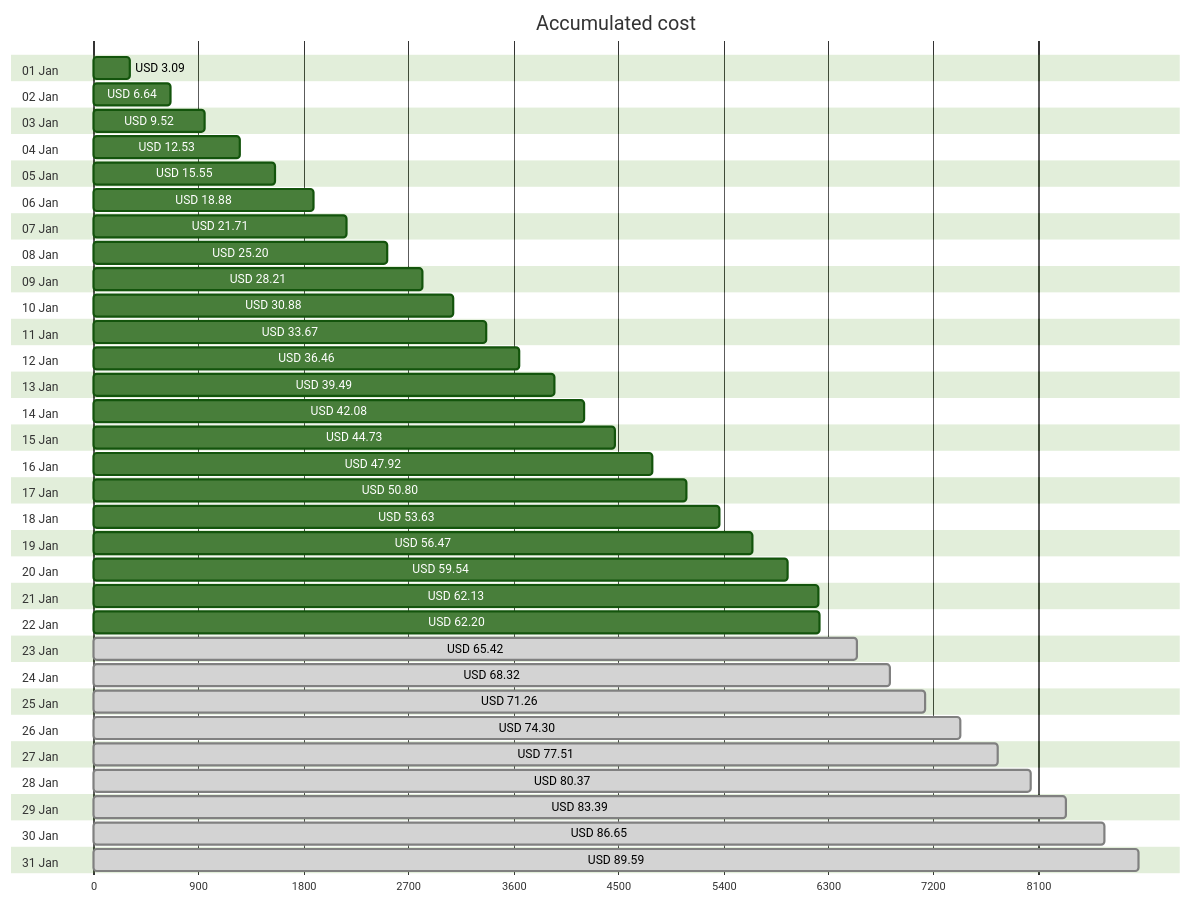
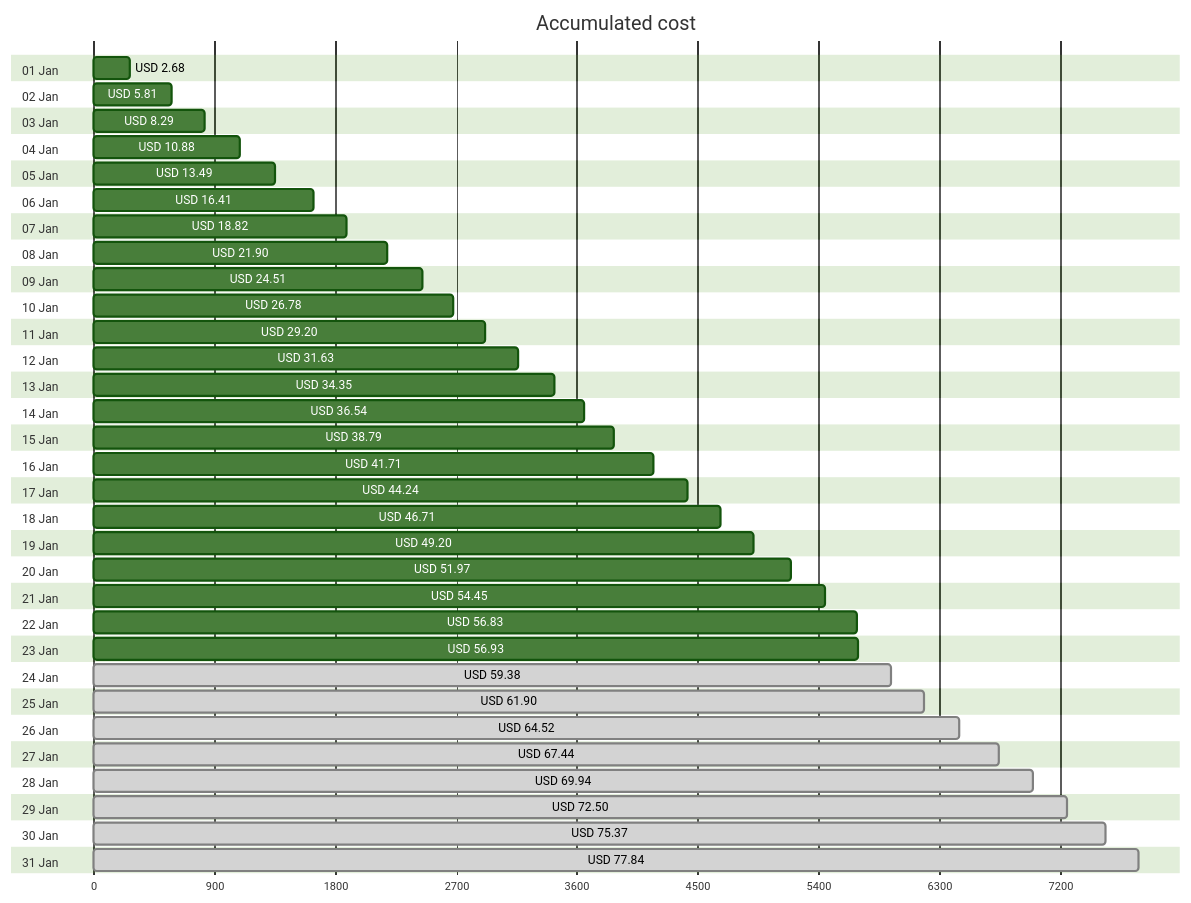
The first of 4 diagrams in cost-reports/accumulated-cost.md (jpfulton/azure-personal-reports), drawn with Mermaid (forest theme) before and after one commit. The commit also changed other lines of this file and 4 other files, not shown here.

````diff
--- a/cost-reports/accumulated-cost.md
+++ b/cost-reports/accumulated-cost.md
@@ -20,68 +20,68 @@
 ```mermaid
 gantt
    title Accumulated cost
    dateFormat  X
    axisFormat %s
    section 01 Jan
-   USD 3.09 :0, 309
+   USD 2.68 :0, 268
    section 02 Jan
-   USD 6.64 :0, 664
+   USD 5.81 :0, 581
    section 03 Jan
-   USD 9.52 :0, 952
+   USD 8.29 :0, 829
    section 04 Jan
-   USD 12.53 :0, 1253
+   USD 10.88 :0, 1088
    section 05 Jan
-   USD 15.55 :0, 1555
+   USD 13.49 :0, 1349
    section 06 Jan
-   USD 18.88 :0, 1888
+   USD 16.41 :0, 1641
    section 07 Jan
-   USD 21.71 :0, 2171
+   USD 18.82 :0, 1882
    section 08 Jan
-   USD 25.20 :0, 2520
+   USD 21.90 :0, 2190
    section 09 Jan
-   USD 28.21 :0, 2821
+   USD 24.51 :0, 2451
    section 10 Jan
-   USD 30.88 :0, 3088
+   USD 26.78 :0, 2678
    section 11 Jan
-   USD 33.67 :0, 3367
+   USD 29.20 :0, 2920
    section 12 Jan
-   USD 36.46 :0, 3646
+   USD 31.63 :0, 3163
    section 13 Jan
-   USD 39.49 :0, 3949
+   USD 34.35 :0, 3435
    section 14 Jan
-   USD 42.08 :0, 4208
+   USD 36.54 :0, 3654
    section 15 Jan
-   USD 44.73 :0, 4473
+   USD 38.79 :0, 3879
    section 16 Jan
-   USD 47.92 :0, 4792
+   USD 41.71 :0, 4171
    section 17 Jan
-   USD 50.80 :0, 5080
+   USD 44.24 :0, 4424
    section 18 Jan
-   USD 53.63 :0, 5363
+   USD 46.71 :0, 4671
    section 19 Jan
-   USD 56.47 :0, 5647
+   USD 49.20 :0, 4920
    section 20 Jan
-   USD 59.54 :0, 5954
+   USD 51.97 :0, 5197
    section 21 Jan
-   USD 62.13 :0, 6213
+   USD 54.45 :0, 5445
    section 22 Jan
-   USD 62.20 :0, 6220
+   USD 56.83 :0, 5683
    section 23 Jan
-   USD 65.42 : done, 0, 6542
+   USD 56.93 :0, 5693
    section 24 Jan
-   USD 68.32 : done, 0, 6832
+   USD 59.38 : done, 0, 5938
    section 25 Jan
-   USD 71.26 : done, 0, 7126
+   USD 61.90 : done, 0, 6190
    section 26 Jan
-   USD 74.30 : done, 0, 7430
+   USD 64.52 : done, 0, 6452
    section 27 Jan
-   USD 77.51 : done, 0, 7751
+   USD 67.44 : done, 0, 6744
    section 28 Jan
-   USD 80.37 : done, 0, 8037
+   USD 69.94 : done, 0, 6994
    section 29 Jan
-   USD 83.39 : done, 0, 8339
+   USD 72.50 : done, 0, 7250
    section 30 Jan
-   USD 86.65 : done, 0, 8665
+   USD 75.37 : done, 0, 7537
    section 31 Jan
-   USD 89.59 : done, 0, 8959
+   USD 77.84 : done, 0, 7784
 ```
````
